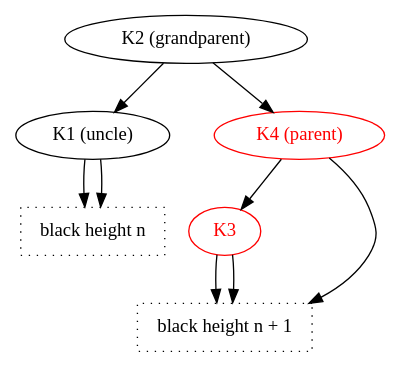
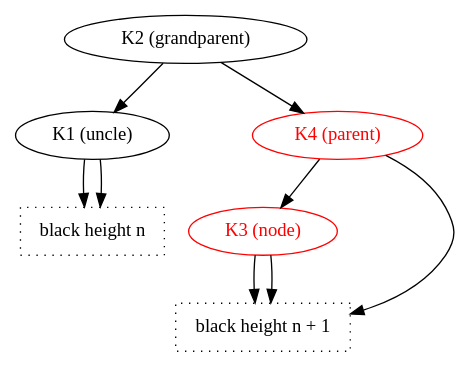
Before and after one commit to nasa/fprime: the diagram in Fw/DataStructures/docs/diagrams/insertNode/black-uncle-1.dot, drawn with Graphviz. The commit also changed 1 other file, not shown here.

Commit message:
Revise RedBlackTree impl

```diff
--- a/Fw/DataStructures/docs/diagrams/insertNode/black-uncle-1.dot
+++ b/Fw/DataStructures/docs/diagrams/insertNode/black-uncle-1.dot
@@ -1,25 +1,25 @@
 digraph {
 
   K2 -> K1
   K2 -> K4
   K4 -> K3
   K4 -> X [color="invis"]
 
   K1 -> BHn
   K1 -> BHn
 
   K4 -> BHnPlus1
   K3 -> BHnPlus1
   K3 -> BHnPlus1
 
   K1 [label="K1 (uncle)"]
   K2 [label="K2 (grandparent)"]
   K4 [label="K4 (parent)",color="red",fontcolor="red"]
-  K3 [color="red",fontcolor="red"]
+  K3 [label="K3 (node)",color="red",fontcolor="red"]
 
   X [color="invis",fontcolor="invis"]
 
   BHn [shape="box",label="black height n",style="dotted",fontname="Italic"]
   BHnPlus1 [shape="box",label="black height n + 1",style="dotted",fontname="Italic"]
 
 }
```
